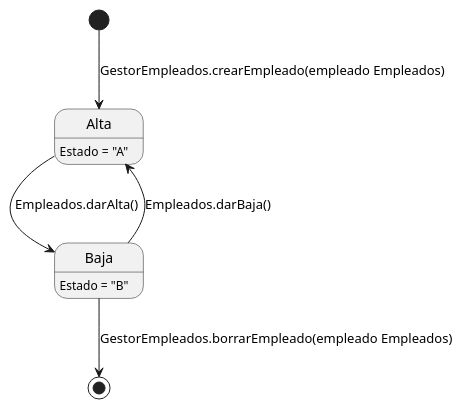
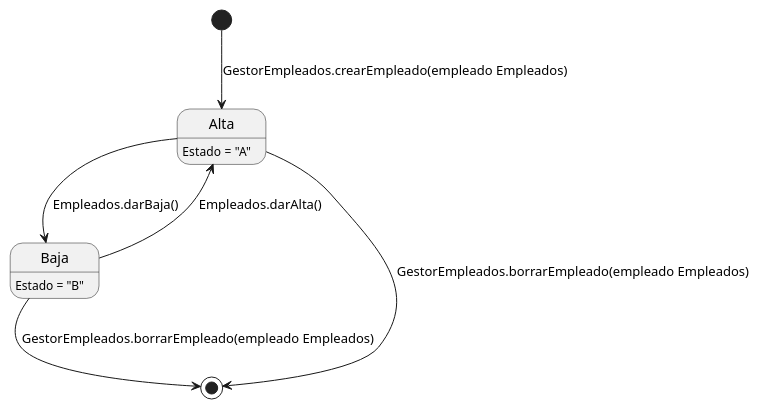
One commit to ZMGestion/DocumentacionZMGestion changed the first of 7 diagrams in DiagramasEstado/DiagramaDeEstado.puml. Above: the diagram before and after it, drawn with PlantUML. The commit also changed other lines of this file, not shown here.

Commit message:
Cambios en DiagramaDeEstado

```diff
--- a/DiagramasEstado/DiagramaDeEstado.puml
+++ b/DiagramasEstado/DiagramaDeEstado.puml
@@ -1,11 +1,12 @@
 @startuml empleados
 Alta: Estado = "A"
 Baja: Estado = "B"
 
 top to bottom direction
 [*] --> Alta: GestorEmpleados.crearEmpleado(empleado Empleados)
+Alta --> [*]: GestorEmpleados.borrarEmpleado(empleado Empleados)
 Baja --> [*]: GestorEmpleados.borrarEmpleado(empleado Empleados)
-Alta --> Baja: Empleados.darAlta()
-Baja --> Alta: Empleados.darBaja()
+Alta --> Baja: Empleados.darBaja()
+Baja --> Alta: Empleados.darAlta()
 
 @enduml
```
